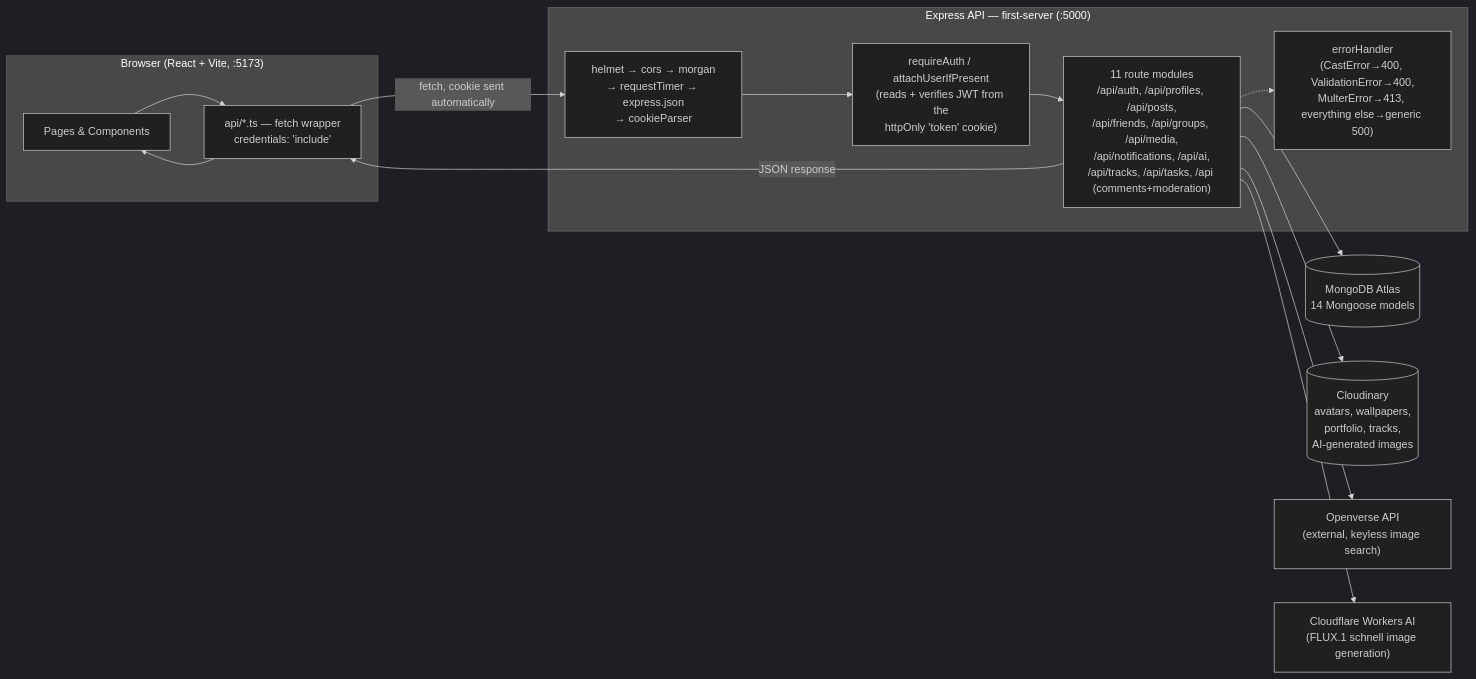
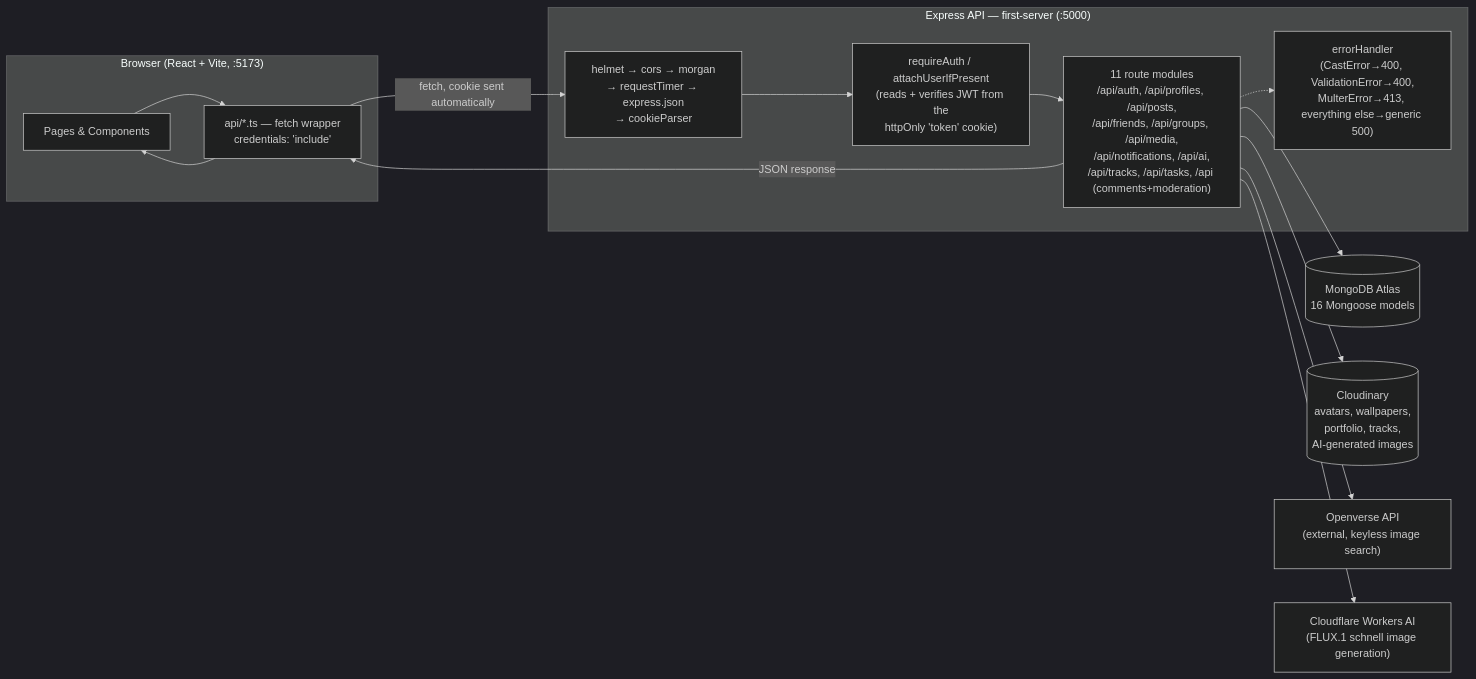
One commit to OttoNyne/CreativesSelect changed the diagram in docs/ARCHITECTURE.md. Above: the diagram before and after it, drawn with Mermaid (dark theme). The commit also changed other lines of this file and 3 other files, not shown here.

````diff
--- a/docs/ARCHITECTURE.md
+++ b/docs/ARCHITECTURE.md
@@ -39,30 +39,30 @@
 ```mermaid
 flowchart LR
     subgraph Browser["Browser (React + Vite, :5173)"]
         UI["Pages & Components"]
         APIClient["api/*.ts — fetch wrapper\ncredentials: 'include'"]
     end
 
     subgraph Server["Express API — first-server (:5000)"]
         MW["helmet → cors → morgan\n→ requestTimer → express.json\n→ cookieParser"]
         Routes["11 route modules\n/api/auth, /api/profiles, /api/posts,\n/api/friends, /api/groups, /api/media,\n/api/notifications, /api/ai,\n/api/tracks, /api/tasks, /api (comments+moderation)"]
         Auth["requireAuth / attachUserIfPresent\n(reads + verifies JWT from the\nhttpOnly 'token' cookie)"]
         ErrH["errorHandler\n(CastError→400, ValidationError→400,\nMulterError→413, everything else→generic 500)"]
     end
 
-    DB[("MongoDB Atlas\n14 Mongoose models")]
+    DB[("MongoDB Atlas\n16 Mongoose models")]
     Cloudinary[("Cloudinary\navatars, wallpapers,\nportfolio, tracks,\nAI-generated images")]
     Openverse["Openverse API\n(external, keyless image search)"]
     CFAI["Cloudflare Workers AI\n(FLUX.1 schnell image generation)"]
 
     UI --> APIClient
     APIClient -- "fetch, cookie sent automatically" --> MW
     MW --> Auth --> Routes
     Routes --> DB
     Routes --> Cloudinary
     Routes --> Openverse
     Routes --> CFAI
     Routes -.-> ErrH
     Routes -- "JSON response" --> APIClient
     APIClient --> UI
 ```
````
